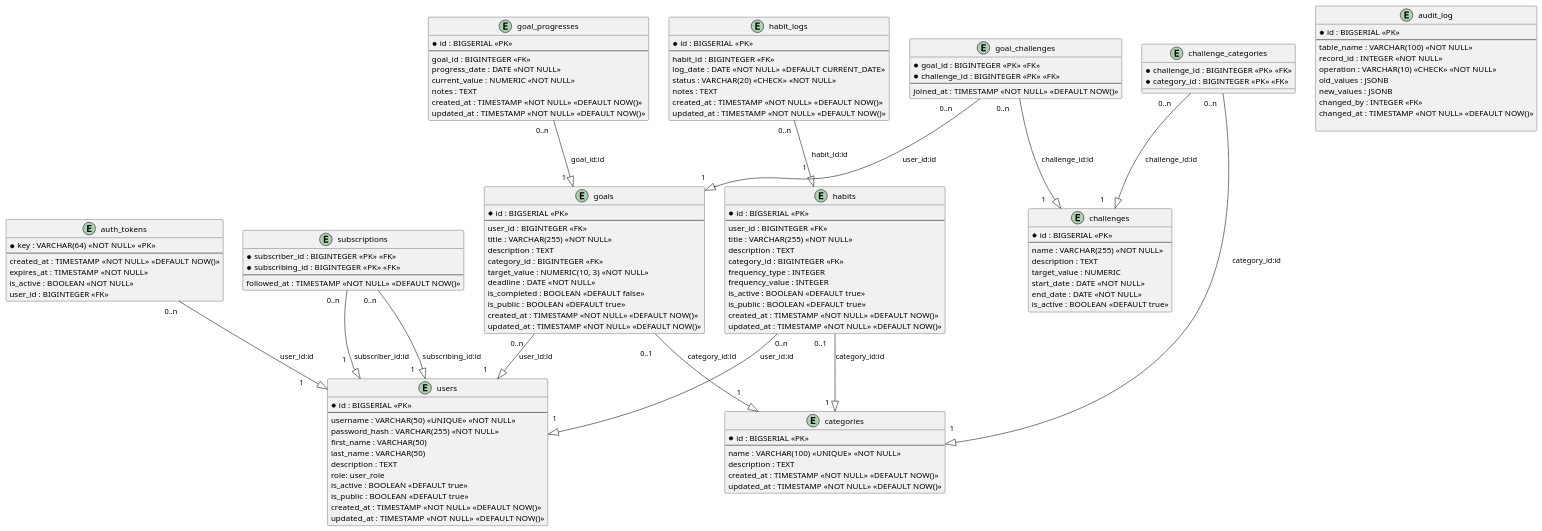
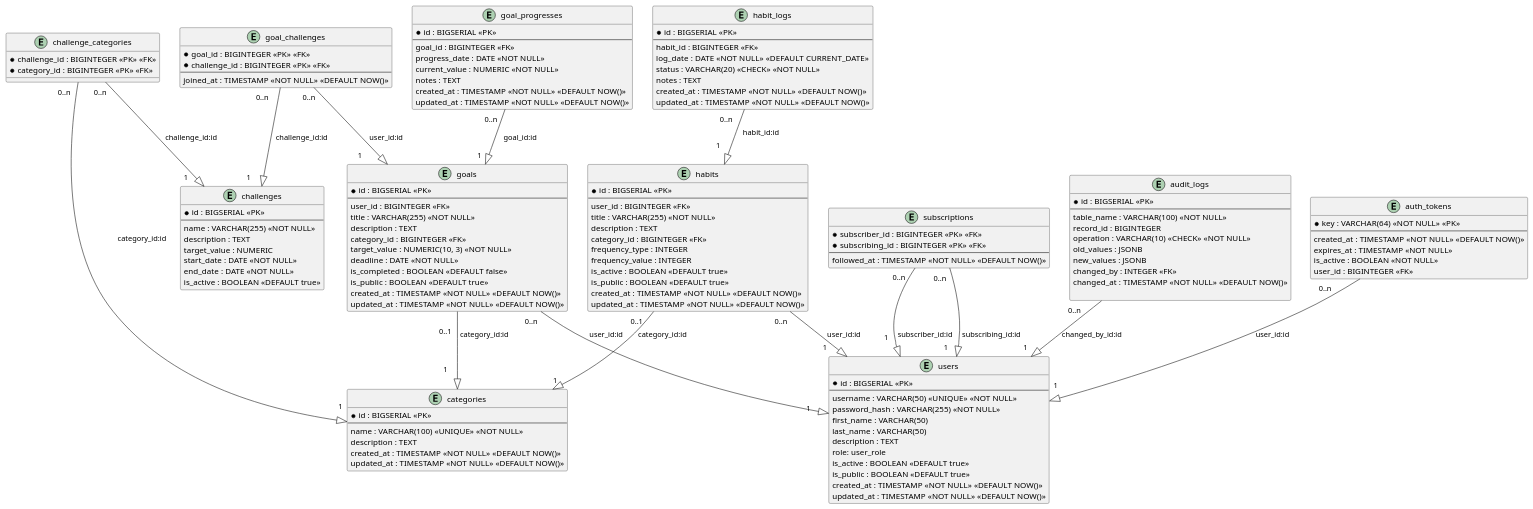
One commit to MMVlasko/bdcw changed the diagram in schema.plantuml. Above: the diagram before and after it, drawn with PlantUML. The commit also changed 23 other files, not shown here.

```diff
--- a/schema.plantuml
+++ b/schema.plantuml
@@ -1,144 +1,145 @@
 @startuml
 
 entity users {
   * id : BIGSERIAL <<PK>>
   --
   username : VARCHAR(50) <<UNIQUE>> <<NOT NULL>>
   password_hash : VARCHAR(255) <<NOT NULL>>
   first_name : VARCHAR(50)
   last_name : VARCHAR(50)
   description : TEXT
   role: user_role
   is_active : BOOLEAN <<DEFAULT true>>
   is_public : BOOLEAN <<DEFAULT true>>
   created_at : TIMESTAMP <<NOT NULL>> <<DEFAULT NOW()>>
   updated_at : TIMESTAMP <<NOT NULL>> <<DEFAULT NOW()>>
 }
 
 entity auth_tokens {
   * key : VARCHAR(64) <<NOT NULL>> <<PK>>
   --
   created_at : TIMESTAMP <<NOT NULL>> <<DEFAULT NOW()>>
   expires_at : TIMESTAMP <<NOT NULL>>
   is_active : BOOLEAN <<NOT NULL>>
   user_id : BIGINTEGER <<FK>>
 }
 
 entity goals {
   * id : BIGSERIAL <<PK>>
   --
   user_id : BIGINTEGER <<FK>>
   title : VARCHAR(255) <<NOT NULL>>
   description : TEXT
   category_id : BIGINTEGER <<FK>>
   target_value : NUMERIC(10, 3) <<NOT NULL>>
   deadline : DATE <<NOT NULL>>
   is_completed : BOOLEAN <<DEFAULT false>>
   is_public : BOOLEAN <<DEFAULT true>>
   created_at : TIMESTAMP <<NOT NULL>> <<DEFAULT NOW()>>
   updated_at : TIMESTAMP <<NOT NULL>> <<DEFAULT NOW()>>
 }
 
 entity habits {
   * id : BIGSERIAL <<PK>>
   --
   user_id : BIGINTEGER <<FK>>
   title : VARCHAR(255) <<NOT NULL>>
   description : TEXT
   category_id : BIGINTEGER <<FK>>
   frequency_type : INTEGER
   frequency_value : INTEGER
   is_active : BOOLEAN <<DEFAULT true>>
   is_public : BOOLEAN <<DEFAULT true>>
   created_at : TIMESTAMP <<NOT NULL>> <<DEFAULT NOW()>>
   updated_at : TIMESTAMP <<NOT NULL>> <<DEFAULT NOW()>>
 }
 
 entity categories {
   * id : BIGSERIAL <<PK>>
   --
   name : VARCHAR(100) <<UNIQUE>> <<NOT NULL>>
   description : TEXT
   created_at : TIMESTAMP <<NOT NULL>> <<DEFAULT NOW()>>
   updated_at : TIMESTAMP <<NOT NULL>> <<DEFAULT NOW()>>
 }
 
 entity habit_logs {
   * id : BIGSERIAL <<PK>>
   --
   habit_id : BIGINTEGER <<FK>>
   log_date : DATE <<NOT NULL>> <<DEFAULT CURRENT_DATE>>
   status : VARCHAR(20) <<CHECK>> <<NOT NULL>>
   notes : TEXT
   created_at : TIMESTAMP <<NOT NULL>> <<DEFAULT NOW()>>
   updated_at : TIMESTAMP <<NOT NULL>> <<DEFAULT NOW()>>
 }
 
 entity goal_progresses {
   * id : BIGSERIAL <<PK>>
   --
   goal_id : BIGINTEGER <<FK>>
   progress_date : DATE <<NOT NULL>>
   current_value : NUMERIC <<NOT NULL>>
   notes : TEXT
   created_at : TIMESTAMP <<NOT NULL>> <<DEFAULT NOW()>>
   updated_at : TIMESTAMP <<NOT NULL>> <<DEFAULT NOW()>>
 }
 
 entity challenges {
   * id : BIGSERIAL <<PK>>
   --
   name : VARCHAR(255) <<NOT NULL>>
   description : TEXT
   target_value : NUMERIC
   start_date : DATE <<NOT NULL>>
   end_date : DATE <<NOT NULL>>
   is_active : BOOLEAN <<DEFAULT true>>
 }
 
 entity challenge_categories {
   * challenge_id : BIGINTEGER <<PK>> <<FK>>
   * category_id : BIGINTEGER <<PK>> <<FK>>
 }
 
 entity goal_challenges {
   * goal_id : BIGINTEGER <<PK>> <<FK>>
   * challenge_id : BIGINTEGER <<PK>> <<FK>>
   --
   joined_at : TIMESTAMP <<NOT NULL>> <<DEFAULT NOW()>>
 }
 
 entity subscriptions {
   * subscriber_id : BIGINTEGER <<PK>> <<FK>>
   * subscribing_id : BIGINTEGER <<PK>> <<FK>>
   --
   followed_at : TIMESTAMP <<NOT NULL>> <<DEFAULT NOW()>>
 }
 
-entity audit_log {
+entity audit_logs {
   * id : BIGSERIAL <<PK>>
   --
   table_name : VARCHAR(100) <<NOT NULL>>
-  record_id : INTEGER <<NOT NULL>>
+  record_id : BIGINTEGER
   operation : VARCHAR(10) <<CHECK>> <<NOT NULL>>
   old_values : JSONB
   new_values : JSONB
   changed_by : INTEGER <<FK>>
   changed_at : TIMESTAMP <<NOT NULL>> <<DEFAULT NOW()>>
 
 }
 
 goals  "                                 0..n   " --^ "1       "  users  : " user_id:id"
-habits    "0..n    \n" --^ "1       \n"  users  : " user_id:id"
-auth_tokens    "0..n    " --^ "1          "  users  : " user_id:id"
+habits    "0..n    \n" --^ "1       "  users  : "    user_id:id"
+auth_tokens    "0..n           " --^ "1          \n"  users  : " user_id:id"
 goals    "\n     0..1   " --^ "1     \n"  categories : " category_id:id  "
 habits     "     0..1    " --^ "1   "  categories : "category_id:id  "
 goal_progresses  "0..n   " --^ "1   "  goals  : "  goal_id:id"
-habit_logs    "0..n  " --^ "1   \n"  habits  : "  habit_id:id   \n"
-challenge_categories    "0..n       " --^ "1      "  challenges : " challenge_id:id  "
+habit_logs    "0..n     " --^ "1   \n"  habits  : "  habit_id:id   \n"
+challenge_categories    "0..n " --^ "1      "  challenges : " challenge_id:id  "
 challenge_categories     "0..n   " --^ "1\n"  categories : "  category_id:id  "
 goal_challenges    "0..n     " --^ "1      "  challenges : " challenge_id:id  "
-goal_challenges     "0..n           " --^ " \n1           "  goals : " user_id:id  "
+goal_challenges     "0..n " --^ " \n1           "  goals : " user_id:id  "
 subscriptions   "0..n   " --^ "1     \n "  users : " subscriber_id:id  "
 subscriptions    "0..n  " --^ " 1     "  users : " subscribing_id:id  "
+audit_logs    "0..n        " --^ " 1     "  users : " changed_by_id:id  "
 @enduml
```
